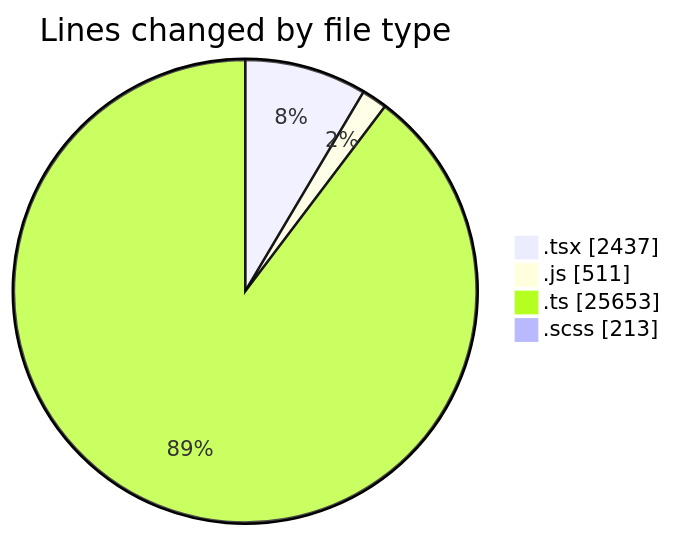
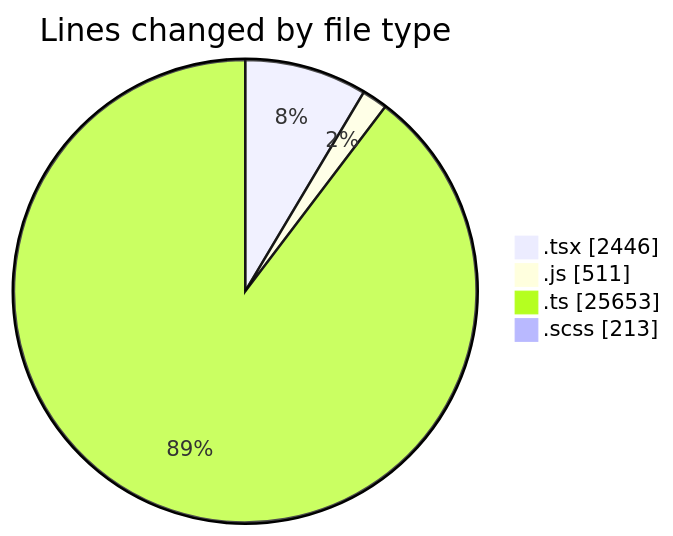
The first of 2 diagrams in 2025-06-30/cda/README.md (momahboobian/code-tracking), drawn with Mermaid before and after one commit. The commit also changed other lines of this file and 1 other file, not shown here.

````diff
--- a/2025-06-30/cda/README.md
+++ b/2025-06-30/cda/README.md
@@ -41,8 +41,8 @@
 ```mermaid
 pie showData
 title Lines changed by file type
-".tsx" : 2437
+".tsx" : 2446
 ".js" : 511
 ".ts" : 25653
 ".scss" : 213
 ```
````
